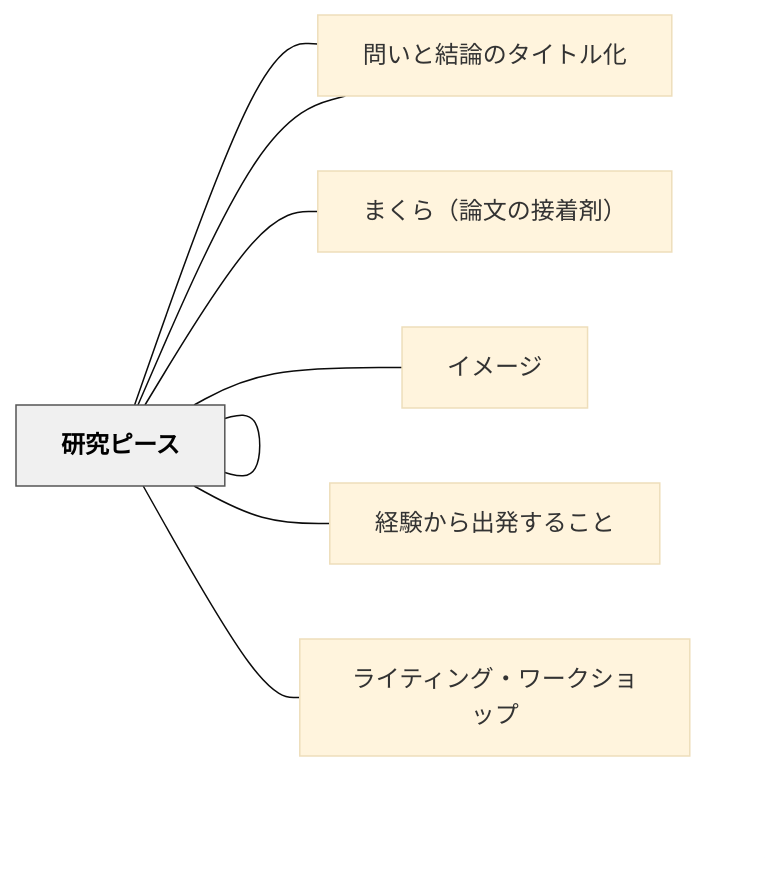
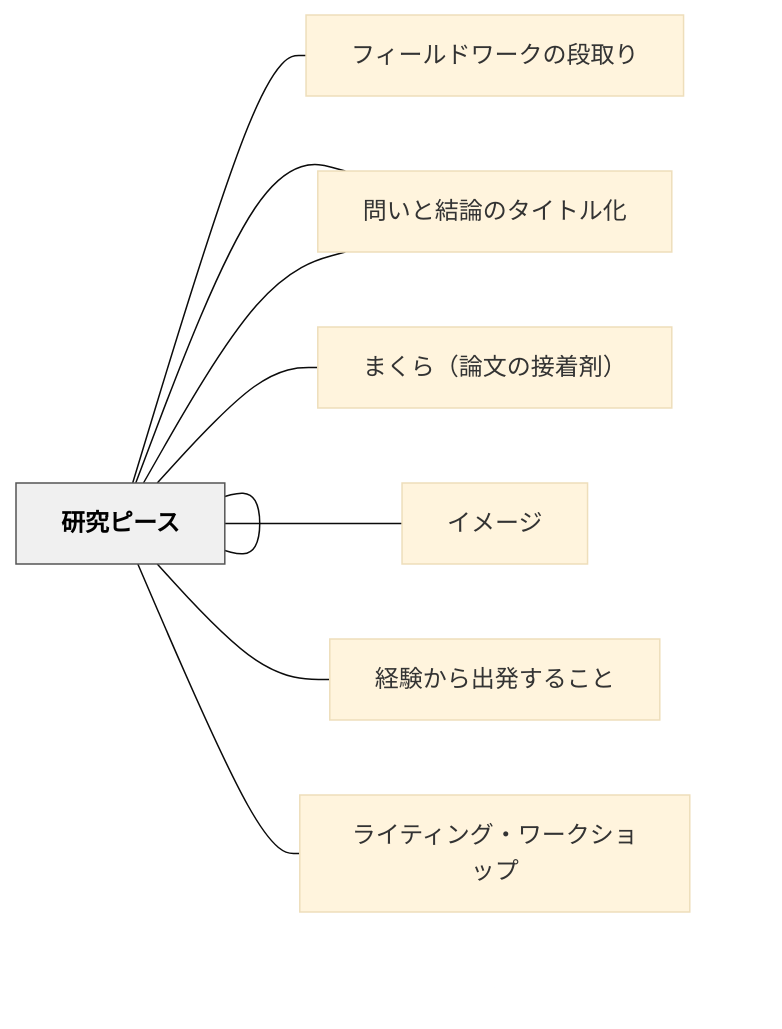
The diagram in content/パタン/研究動機の先行執筆.md (unknownthings-ed-patterns/unknownthings-ed-patterns), drawn with Mermaid (base theme) before and after one commit. The commit also changed other lines of this file and 473 other files, not shown here.

````diff
--- a/content/パタン/研究動機の先行執筆.md
+++ b/content/パタン/研究動機の先行執筆.md
@@ -97,22 +98,24 @@
 ```mermaid
 flowchart LR
     ne7a094e7a9b6["研究動機の先行執筆"]
+    ne38395e382a3["フィールドワークの段取り"]
     ne5958fe38184["問い立ての落とし穴"]
     ne7a094e7a9b6["研究ピース"]
     ne381bee3818f["まくら（論文の接着剤）"]
     ne382a4e383a1["イメージ"]
     ne7b58ce9a893["経験から出発すること"]
     ne5958fe38184["問いと結論のタイトル化"]
     ne383a9e382a4["ライティング・ワークショップ"]
 
+    ne7a094e7a9b6 --- ne38395e382a3
     ne7a094e7a9b6 --- ne5958fe38184
     ne7a094e7a9b6 --- ne7a094e7a9b6
     ne7a094e7a9b6 --- ne381bee3818f
     ne7a094e7a9b6 --- ne382a4e383a1
     ne7a094e7a9b6 --- ne7b58ce9a893
     ne7a094e7a9b6 --- ne5958fe38184
     ne7a094e7a9b6 --- ne383a9e382a4
 
     classDef hub fill:#f0f0f0,stroke:#555,color:#000,font-weight:bold
     class ne7a094e7a9b6 hub
 ```
````
